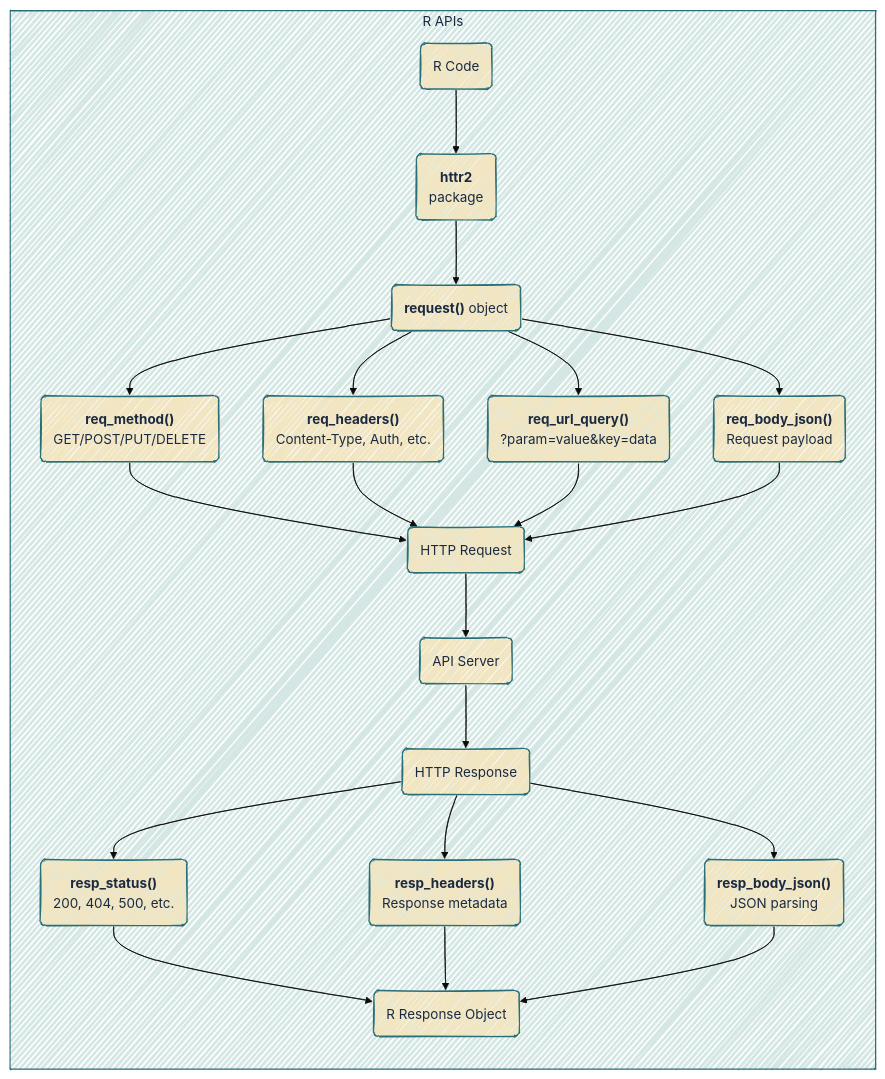
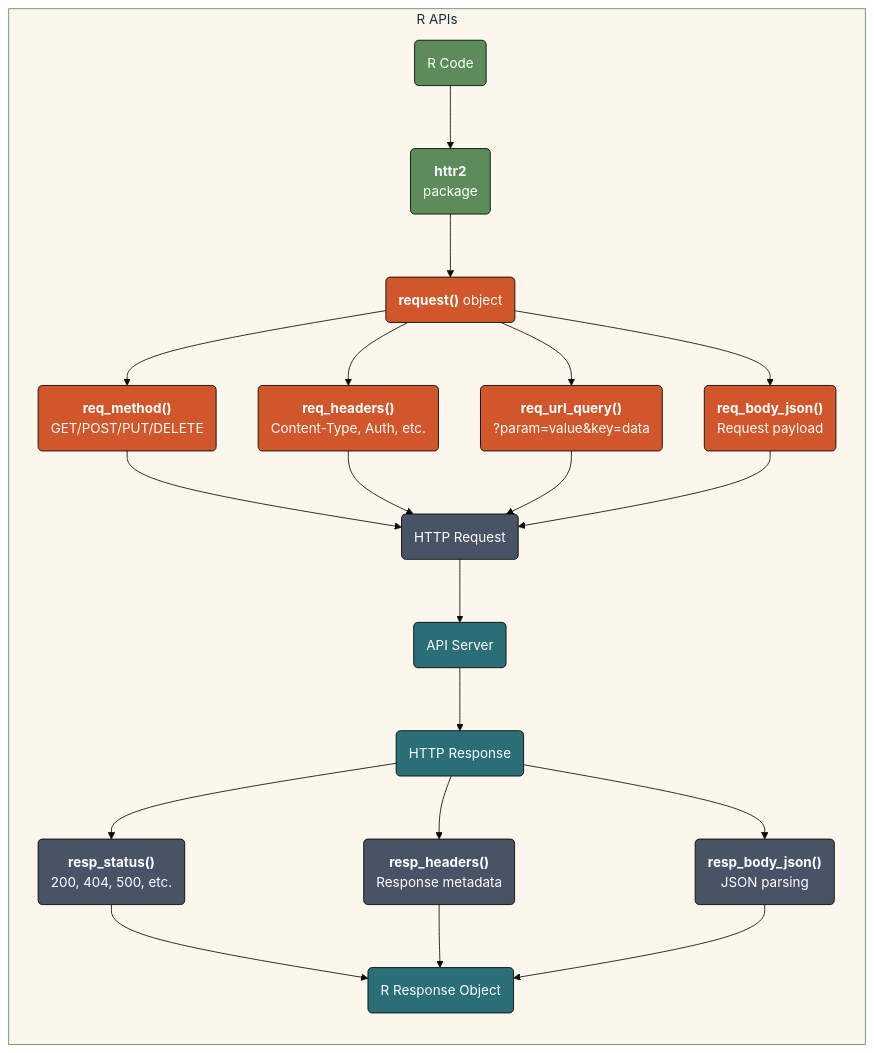
The sixth of 6 diagrams in lab03.qmd (mjfrigaard/do4ds-labs), drawn with Mermaid before and after one commit. The commit also changed other lines of this file and 48 other files, not shown here.

````diff
--- a/lab03.qmd
+++ b/lab03.qmd
@@ -292,28 +334,41 @@
 ```{mermaid}
-%%{init: {'theme': 'base', 'look': 'handDrawn', 'themeVariables': {'fontFamily': 'monospace'}}}%%
+%%{init: {'theme': 'base', 'themeVariables': {'fontFamily': 'monospace'}}}%%
 
 graph LR
     subgraph RApi["R APIs"]
         A1("R Code") --> B1("<strong>httr2</strong><br>package")
         B1 --> C1("<strong>request()</strong> object")
         C1 --> D1("<strong>req_method()</strong><br>GET/POST/PUT/DELETE")
         C1 --> E1("<strong>req_headers()</strong><br>Content-Type, Auth, etc.")
         C1 --> F1("<strong>req_url_query()</strong><br>?param=value&key=data")
         C1 --> G1("<strong>req_body_json()</strong><br>Request payload")
         D1 --> H1("HTTP Request")
         E1 --> H1
         F1 --> H1
         G1 --> H1
         H1 --> I1("API Server")
         I1 --> J1("HTTP Response")
         J1 --> K1("<strong>resp_status()</strong><br>200, 404, 500, etc.")
         J1 --> L1("<strong>resp_headers()</strong><br>Response metadata")
         J1 --> M1("<strong>resp_body_json()</strong><br>JSON parsing")
         K1 --> N1("R Response Object")
         L1 --> N1
         M1 --> N1
     end
-    classDef default fill:#F2E6C2,stroke:#2A6F77,color:#1B2A41
-    style RApi fill:#d4e7e4,stroke:#2A6F77,color:#1B2A41
+    style RApi fill:#fbf7ec,stroke:#5B8C5A,color:#1B2A41
+    style A1 fill:#5B8C5A,stroke:#000000,stroke-width:1px,color:#ffffff
+    style B1 fill:#5B8C5A,stroke:#000000,stroke-width:1px,color:#ffffff
+    style C1 fill:#D2562B,stroke:#000000,stroke-width:1px,color:#ffffff
+    style D1 fill:#D2562B,stroke:#000000,stroke-width:1px,color:#ffffff
+    style E1 fill:#D2562B,stroke:#000000,stroke-width:1px,color:#ffffff
+    style F1 fill:#D2562B,stroke:#000000,stroke-width:1px,color:#ffffff
+    style G1 fill:#D2562B,stroke:#000000,stroke-width:1px,color:#ffffff
+    style H1 fill:#485466,stroke:#000000,stroke-width:1px,color:#ffffff
+    style I1 fill:#2A6F77,stroke:#000000,stroke-width:1px,color:#ffffff
+    style J1 fill:#2A6F77,stroke:#000000,stroke-width:1px,color:#ffffff
+    style K1 fill:#485466,stroke:#000000,stroke-width:1px,color:#ffffff
+    style L1 fill:#485466,stroke:#000000,stroke-width:1px,color:#ffffff
+    style M1 fill:#485466,stroke:#000000,stroke-width:1px,color:#ffffff
+    style N1 fill:#2A6F77,stroke:#000000,stroke-width:1px,color:#ffffff
 
 ```
````
